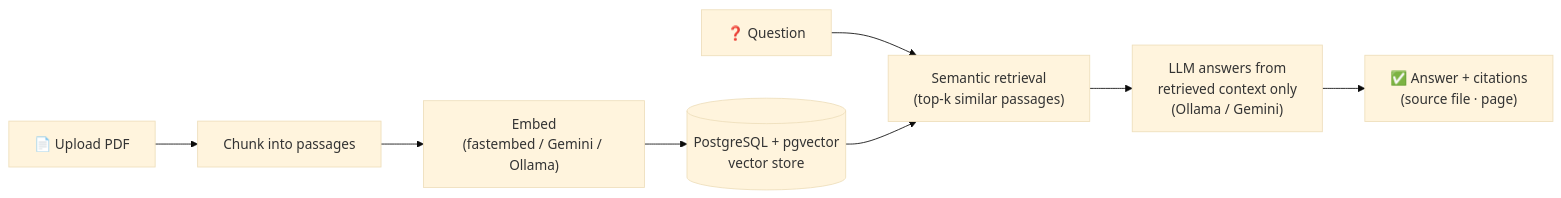
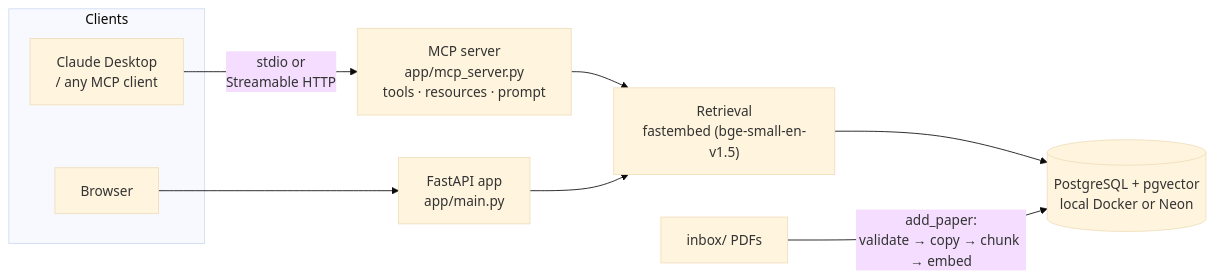
One commit to Enoch-Nemili/papermind changed the diagram in README.md. Above: the diagram before and after it, drawn with Mermaid (base theme). The commit also changed other lines of this file, not shown here.

Commit message:
docs: README for MCP server — setup, security model, tests & evals

````diff
--- a/README.md
+++ b/README.md
@@ -28,10 +28,13 @@
 ```mermaid
 flowchart LR
-    U["📄 Upload PDF"] --> C["Chunk into passages"]
-    C --> E["Embed<br/>(fastembed / Gemini / Ollama)"]
-    E --> V[("PostgreSQL + pgvector<br/>vector store")]
-    Q["❓ Question"] --> R["Semantic retrieval<br/>(top-k similar passages)"]
-    V --> R
-    R --> G["LLM answers from<br/>retrieved context only<br/>(Ollama / Gemini)"]
-    G --> A["✅ Answer + citations<br/>(source file · page)"]
+    subgraph Clients
+        CD["Claude Desktop<br/>/ any MCP client"]
+        B["Browser"]
+    end
+    CD -- "stdio or<br/>Streamable HTTP" --> M["MCP server<br/>app/mcp_server.py<br/>tools · resources · prompt"]
+    B --> F["FastAPI app<br/>app/main.py"]
+    M --> R["Retrieval<br/>fastembed (bge-small-en-v1.5)"]
+    F --> R
+    R --> V[("PostgreSQL + pgvector<br/>local Docker or Neon")]
+    I["inbox/ PDFs"] -- "add_paper:<br/>validate → copy → chunk → embed" --> V
 ```
````
